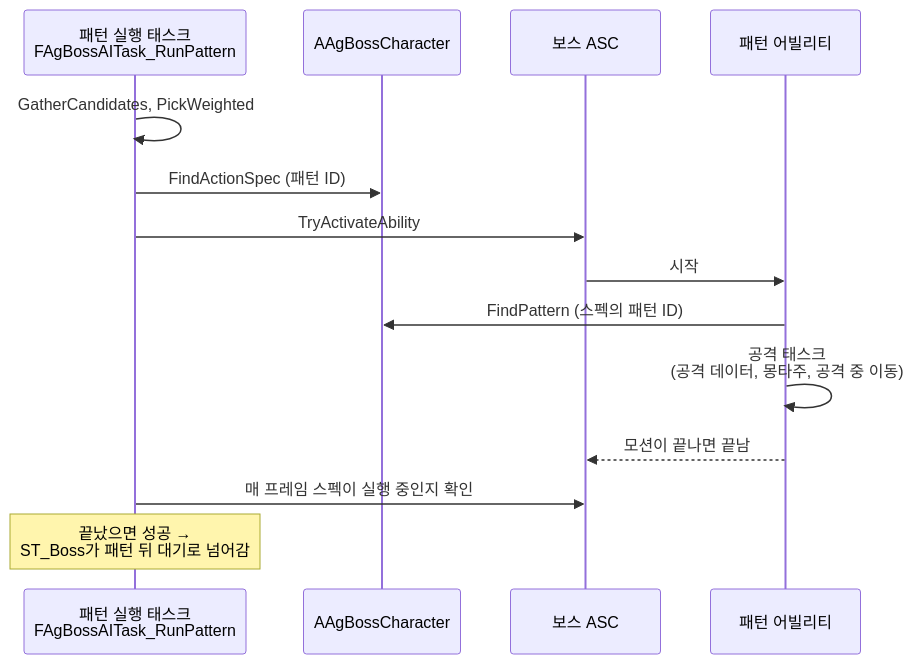
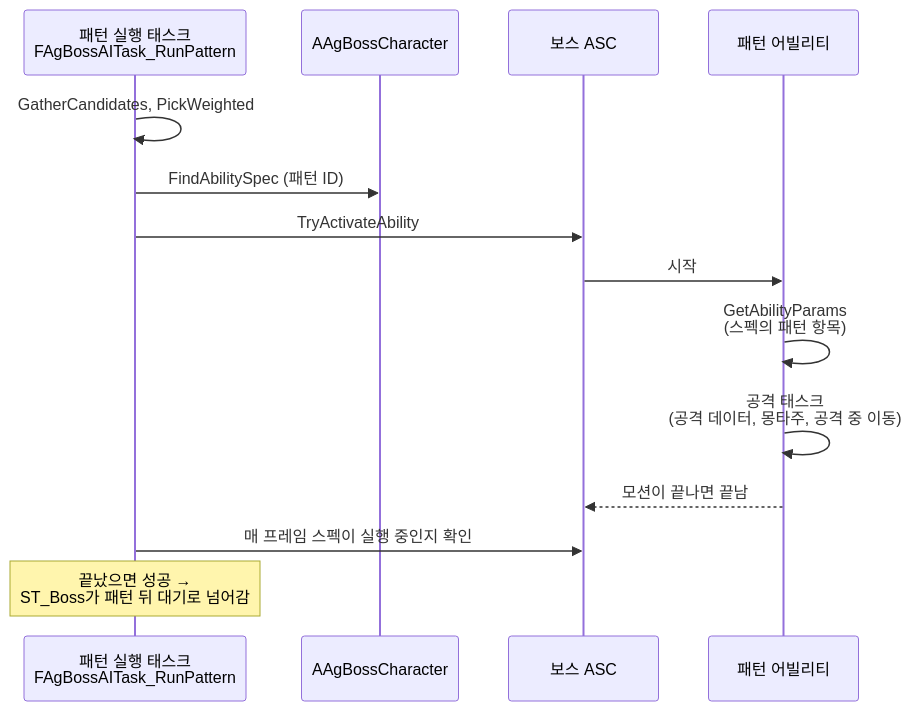
Before and after one commit to Woogl/Ag: the third of 3 diagrams in Docs/Program/보스.md, drawn with Mermaid. The commit also changed other lines of this file and 81 other files, not shown here.

````diff
--- a/Docs/Program/보스.md
+++ b/Docs/Program/보스.md
@@ -135,16 +134,16 @@
 ```mermaid
 sequenceDiagram
     participant T as 패턴 실행 태스크<br>FAgBossAITask_RunPattern
     participant B as AAgBossCharacter
     participant ASC as 보스 ASC
     participant GA as 패턴 어빌리티
     T->>T: GatherCandidates, PickWeighted
-    T->>B: FindActionSpec (패턴 ID)
+    T->>B: FindAbilitySpec (패턴 ID)
     T->>ASC: TryActivateAbility
     ASC->>GA: 시작
-    GA->>B: FindPattern (스펙의 패턴 ID)
+    GA->>GA: GetAbilityParams<br>(스펙의 패턴 항목)
     GA->>GA: 공격 태스크<br>(공격 데이터, 몽타주, 공격 중 이동)
     GA-->>ASC: 모션이 끝나면 끝남
     T->>ASC: 매 프레임 스펙이 실행 중인지 확인
     Note over T: 끝났으면 성공 →<br>ST_Boss가 패턴 뒤 대기로 넘어감
 ```
````
